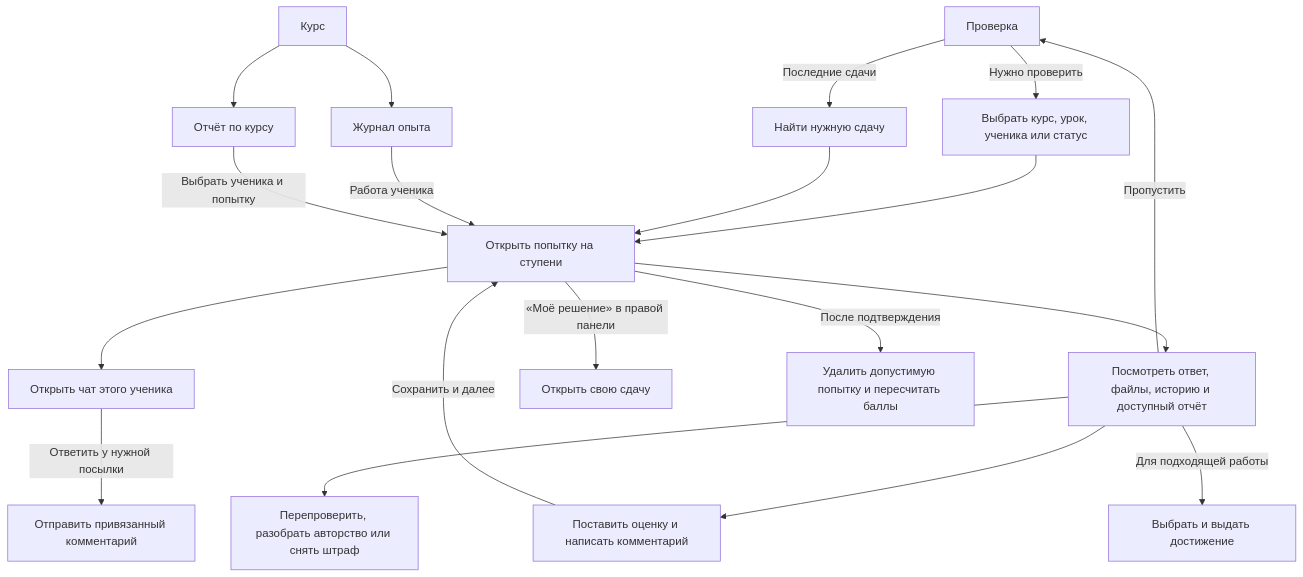
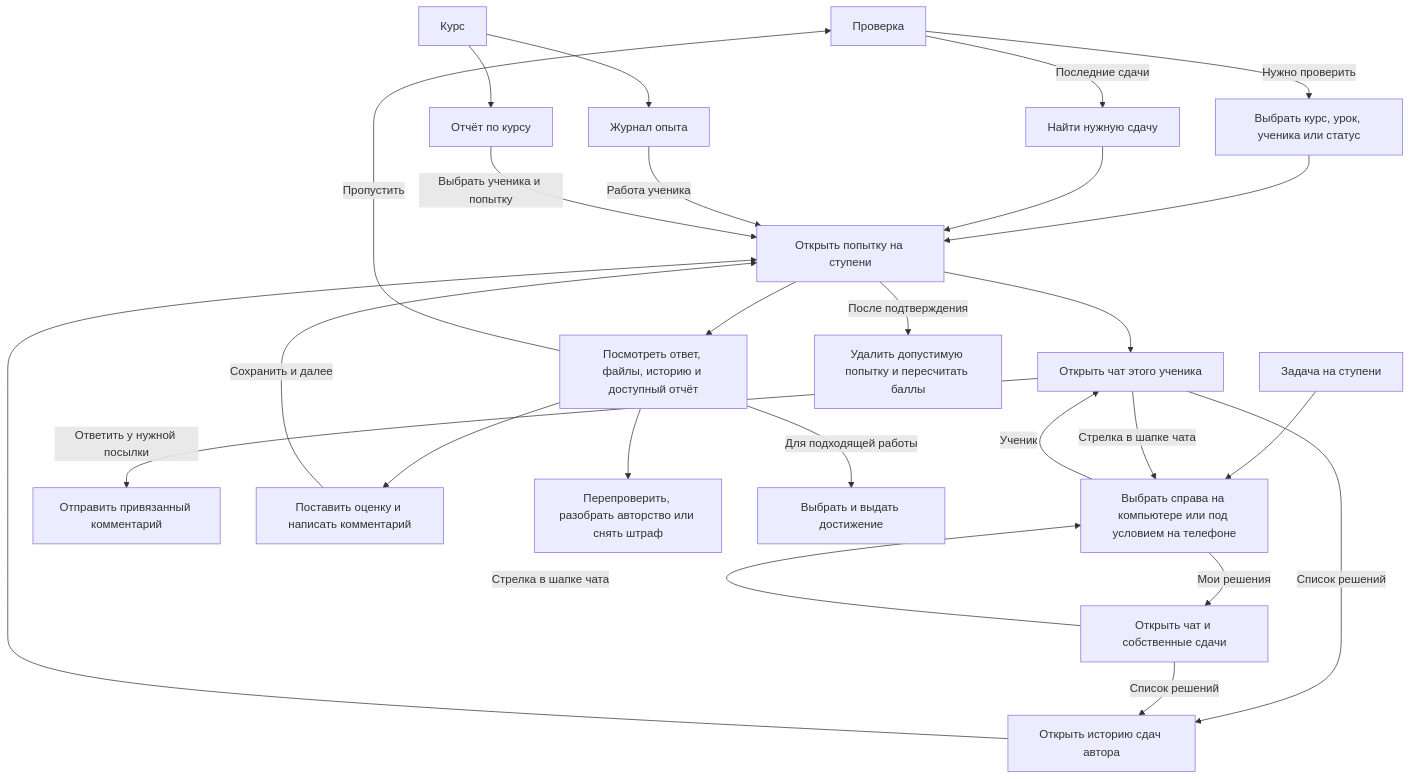
One commit to roctbb/CodingProjects changed the sixth of 8 diagrams in docs/ux/role-actions.md. Above: the diagram before and after it, drawn with Mermaid. The commit also changed other lines of this file and 40 other files, not shown here.

Commit message:
Fix workbook navigation, live chat, task outcomes and attempt-specific drafts

````diff
--- a/docs/ux/role-actions.md
+++ b/docs/ux/role-actions.md
@@ -210,21 +211,28 @@
 ```mermaid
 flowchart TD
   queue["Проверка"] -->|Нужно проверить| filter["Выбрать курс, урок, ученика или статус"]
   queue -->|Последние сдачи| recent["Найти нужную сдачу"]
   filter --> work["Открыть попытку на ступени"]
   recent --> work
   course["Курс"] --> journal["Журнал опыта"]
   course --> report["Отчёт по курсу"]
   journal -->|Работа ученика| work
   report -->|Выбрать ученика и попытку| work
+  task["Задача на ступени"] --> roster["Выбрать справа на компьютере или под условием на телефоне"]
+  roster -->|Ученик| chat
+  roster -->|Мои решения| own["Открыть чат и собственные сдачи"]
+  chat -->|Стрелка в шапке чата| roster
+  own -->|Стрелка в шапке чата| roster
+  chat -->|Список решений| attempts["Открыть историю сдач автора"]
+  own -->|Список решений| attempts
+  attempts --> work
   work --> inspect["Посмотреть ответ, файлы, историю и доступный отчёт"]
   work --> chat["Открыть чат этого ученика"]
-  work -->|«Моё решение» в правой панели| own["Открыть свою сдачу"]
   chat -->|Ответить у нужной посылки| reply["Отправить привязанный комментарий"]
   inspect --> grade["Поставить оценку и написать комментарий"]
   grade -->|Сохранить и далее| work
   inspect -->|Пропустить| queue
   inspect --> options["Перепроверить, разобрать авторство или снять штраф"]
   inspect -->|Для подходящей работы| award["Выбрать и выдать достижение"]
   work -->|После подтверждения| remove["Удалить допустимую попытку и пересчитать баллы"]
 ```
````
